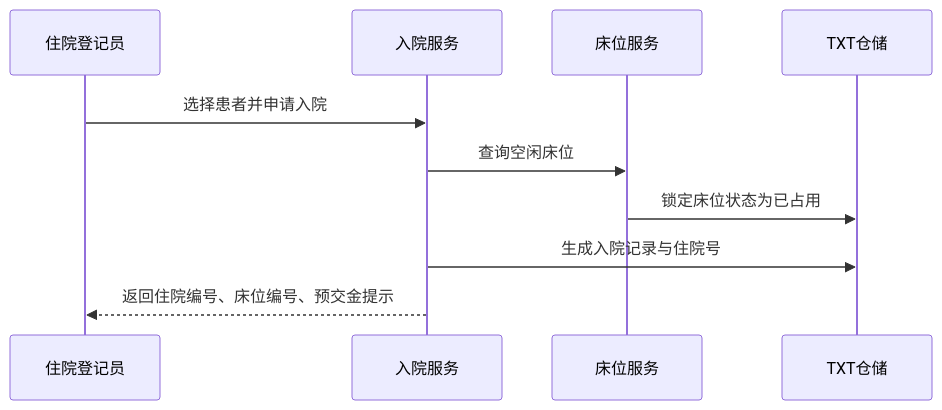
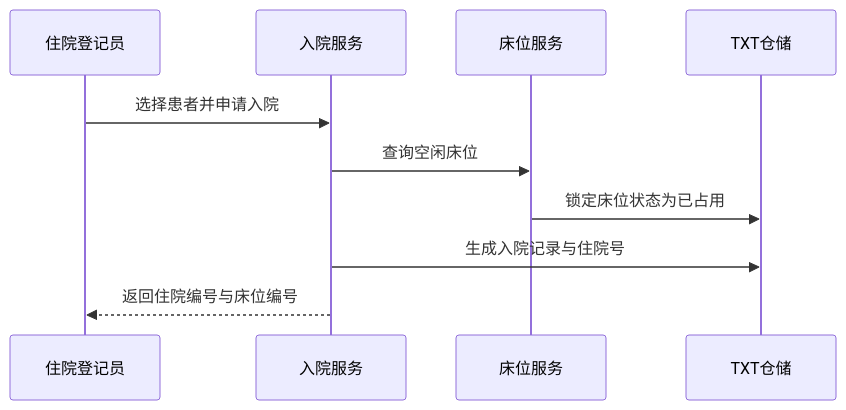
One commit to ymylive/his changed the third of 3 diagrams in docs/superpowers/specs/2026-03-20-lightweight-his-design.md. Above: the diagram before and after it, drawn with Mermaid. The commit also changed other lines of this file, not shown here.

````diff
--- a/docs/superpowers/specs/2026-03-20-lightweight-his-design.md
+++ b/docs/superpowers/specs/2026-03-20-lightweight-his-design.md
@@ -286,13 +276,13 @@
 ```mermaid
 sequenceDiagram
     participant Admin as 住院登记员
     participant AdmitSvc as 入院服务
     participant BedSvc as 床位服务
     participant Repo as TXT仓储
 
     Admin->>AdmitSvc: 选择患者并申请入院
     AdmitSvc->>BedSvc: 查询空闲床位
     BedSvc->>Repo: 锁定床位状态为已占用
     AdmitSvc->>Repo: 生成入院记录与住院号
-    AdmitSvc-->>Admin: 返回住院编号、床位编号、预交金提示
+    AdmitSvc-->>Admin: 返回住院编号与床位编号
 ```
````
